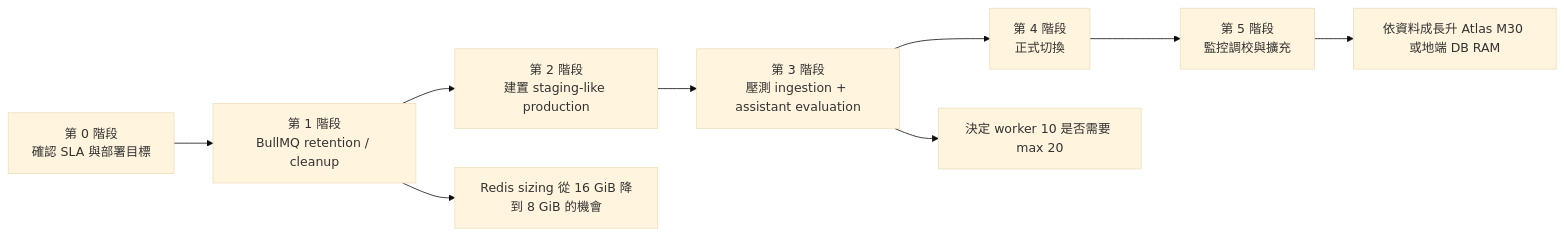
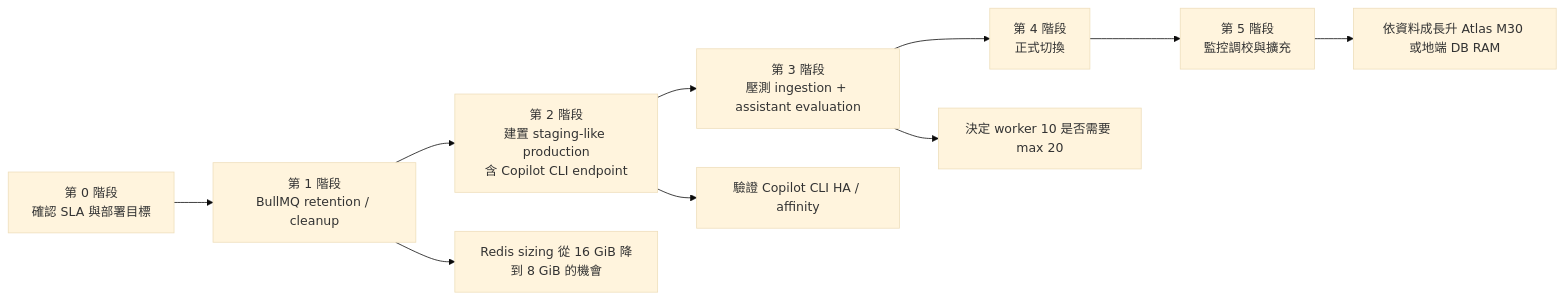
One commit to chunkai1312/temp changed diagram 17 of 17 in production-resource-architecture-proposal.md. Above: the diagram before and after it, drawn with Mermaid (base theme). The commit also changed other lines of this file, not shown here.

````diff
--- a/production-resource-architecture-proposal.md
+++ b/production-resource-architecture-proposal.md
@@ -603,12 +702,13 @@
 ```mermaid
 flowchart LR
   P0["第 0 階段\n確認 SLA 與部署目標"] --> P1["第 1 階段\nBullMQ retention / cleanup"]
-  P1 --> P2["第 2 階段\n建置 staging-like production"]
+  P1 --> P2["第 2 階段\n建置 staging-like production\n含 Copilot CLI endpoint"]
   P2 --> P3["第 3 階段\n壓測 ingestion + assistant evaluation"]
   P3 --> P4["第 4 階段\n正式切換"]
   P4 --> P5["第 5 階段\n監控調校與擴充"]
 
   P1 --> D1["Redis sizing 從 16 GiB 降到 8 GiB 的機會"]
+  P2 --> D0["驗證 Copilot CLI HA / affinity"]
   P3 --> D2["決定 worker 10 是否需要 max 20"]
   P5 --> D3["依資料成長升 Atlas M30 或地端 DB RAM"]
 ```
````
